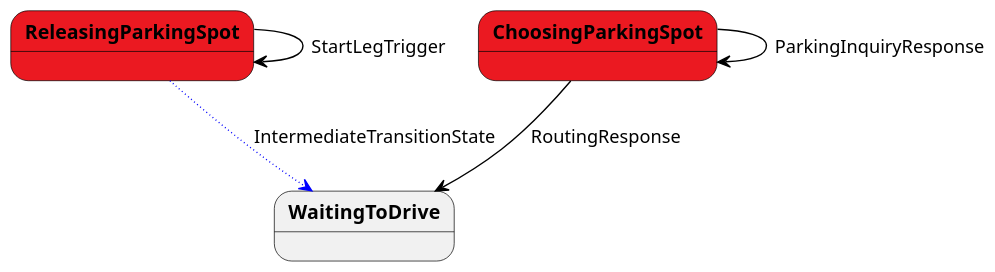
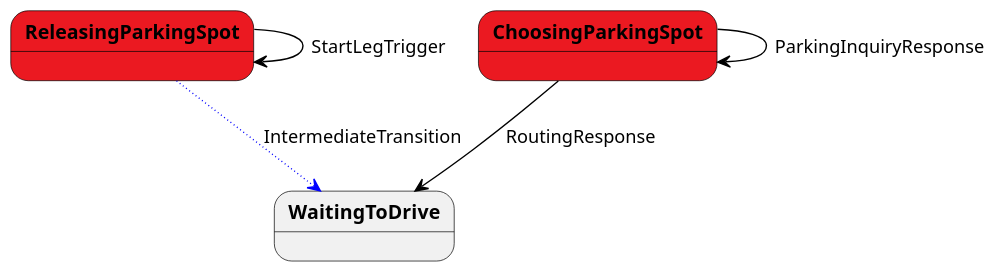
One commit to LBNL-UCB-STI/beam changed the diagram in docs/uml/ChoosesParkingFSM.puml. Above: the diagram before and after it, drawn with PlantUML. The commit also changed 7 other files, not shown here.

```diff
--- a/docs/uml/ChoosesParkingFSM.puml
+++ b/docs/uml/ChoosesParkingFSM.puml
@@ -1,20 +1,20 @@
 @startuml
 
 scale 1000 width
 skinparam stateBorderColor #black
 skinparam stateFontStyle bold
 skinparam arrowColor #black
 
 ' BeamAgent: States '
 state ReleasingParkingSpot #eb1921
 
 state ChoosingParkingSpot #eb1921
 
 'Transition State'
 ReleasingParkingSpot --> ReleasingParkingSpot: StartLegTrigger
-ReleasingParkingSpot -[#blue,dotted]-> WaitingToDrive: IntermediateTransitionState
+ReleasingParkingSpot -[#blue,dotted]-> WaitingToDrive: IntermediateTransition
 ChoosingParkingSpot --> ChoosingParkingSpot : ParkingInquiryResponse
 ChoosingParkingSpot --> WaitingToDrive : RoutingResponse
 
 
 @enduml
```
